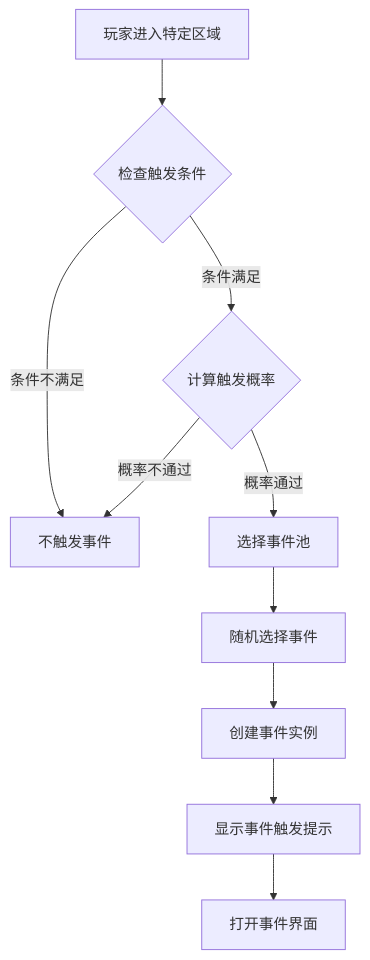
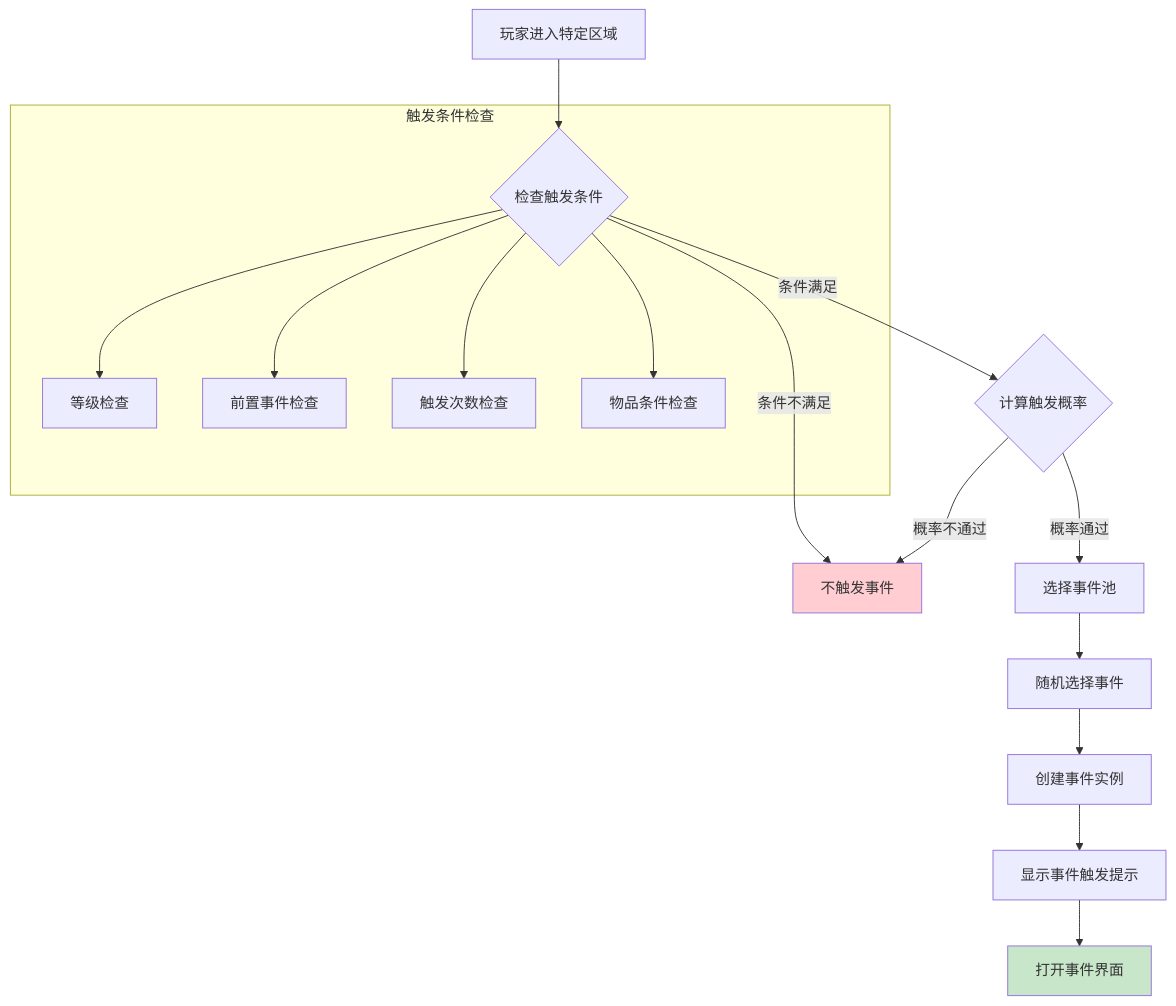
Before and after one commit to Alan-Ben/k2c_game_framework: the second of 9 diagrams in docs/Module_Ancecdote/05_完整说明.md, drawn with Mermaid. The commit also changed other lines of this file and 5 other files, not shown here.

````diff
--- a/docs/Module_Ancecdote/05_完整说明.md
+++ b/docs/Module_Ancecdote/05_完整说明.md
@@ -69,12 +101,22 @@
 ```mermaid
 flowchart TD
     A[玩家进入特定区域] --> B{检查触发条件}
     B -->|条件不满足| C[不触发事件]
     B -->|条件满足| D{计算触发概率}
     D -->|概率不通过| C
     D -->|概率通过| E[选择事件池]
     E --> F[随机选择事件]
     F --> G[创建事件实例]
     G --> H[显示事件触发提示]
     H --> I[打开事件界面]
+
+    subgraph 触发条件检查
+        B --> B1[等级检查]
+        B --> B2[前置事件检查]
+        B --> B3[触发次数检查]
+        B --> B4[物品条件检查]
+    end
+
+    style C fill:#ffcdd2
+    style I fill:#c8e6c9
 ```
````
